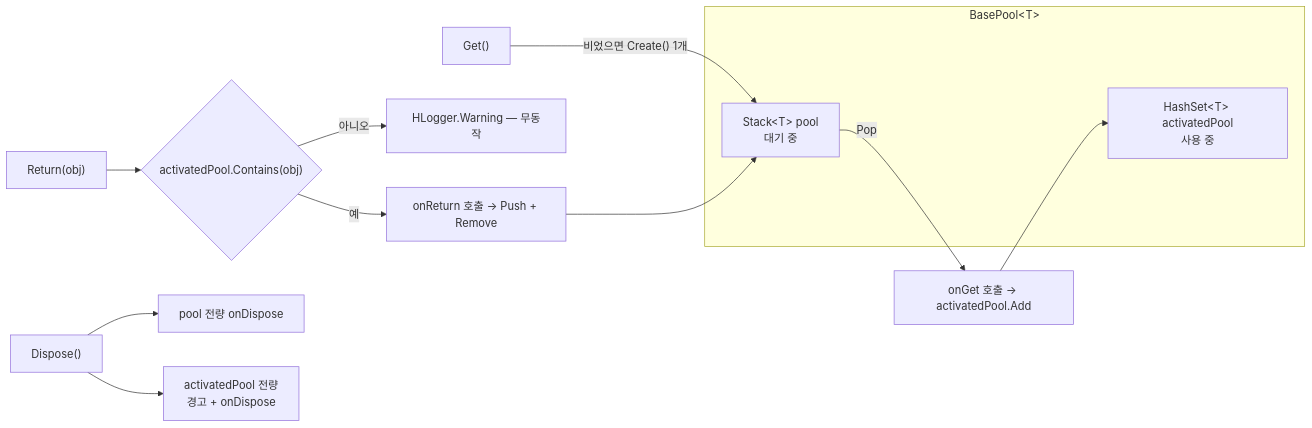
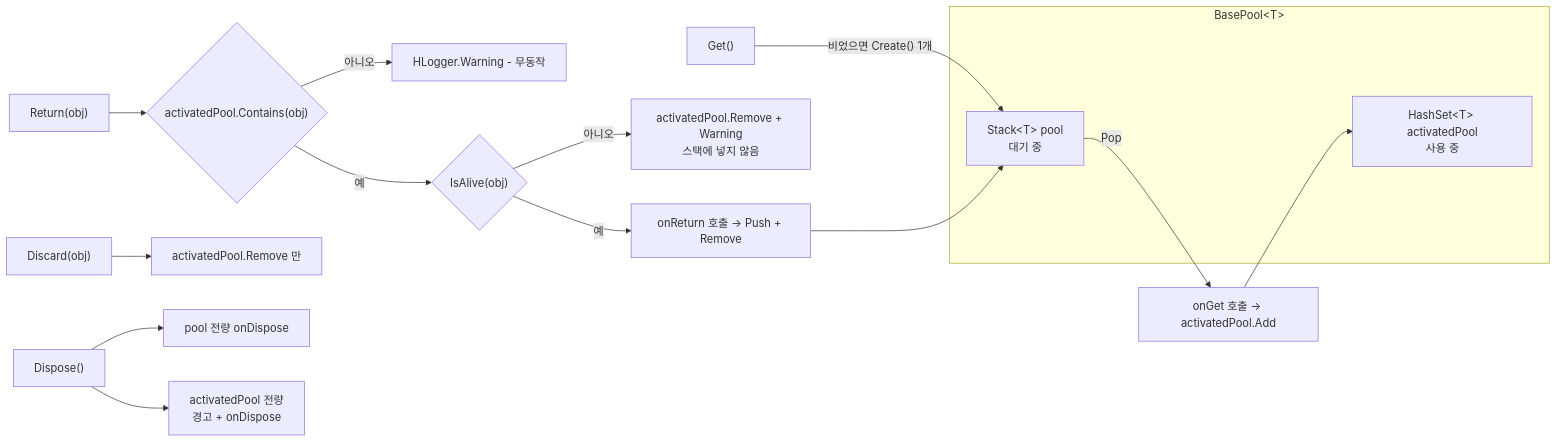
The third of 4 diagrams in HUtil/Runtime/README.md (HoHong123/HCUP-Unity), drawn with Mermaid before and after one commit. The commit also changed other lines of this file, not shown here.

````diff
--- a/HUtil/Runtime/README.md
+++ b/HUtil/Runtime/README.md
@@ -205,17 +195,20 @@
 ```mermaid
 flowchart LR
     subgraph BP["BasePool&lt;T&gt;"]
     ST["Stack&lt;T&gt; pool<br/>대기 중"]
     HS["HashSet&lt;T&gt; activatedPool<br/>사용 중"]
     end
 
     G["Get()"] -->|"비었으면 Create() 1개"| ST
     ST -->|Pop| G2["onGet 호출 → activatedPool.Add"]
     G2 --> HS
     R["Return(obj)"] --> CHK{"activatedPool.Contains(obj)"}
-    CHK -->|아니오| W["HLogger.Warning — 무동작"]
-    CHK -->|예| R2["onReturn 호출 → Push + Remove"]
+    CHK -->|아니오| W["HLogger.Warning - 무동작"]
+    CHK -->|예| ALV{"IsAlive(obj)"}
+    ALV -->|아니오| DROP["activatedPool.Remove + Warning<br/>스택에 넣지 않음"]
+    ALV -->|예| R2["onReturn 호출 → Push + Remove"]
     R2 --> ST
+    X["Discard(obj)"] --> XR["activatedPool.Remove 만"]
     D["Dispose()"] --> D1["pool 전량 onDispose"]
     D --> D2["activatedPool 전량<br/>경고 + onDispose"]
 ```
````
